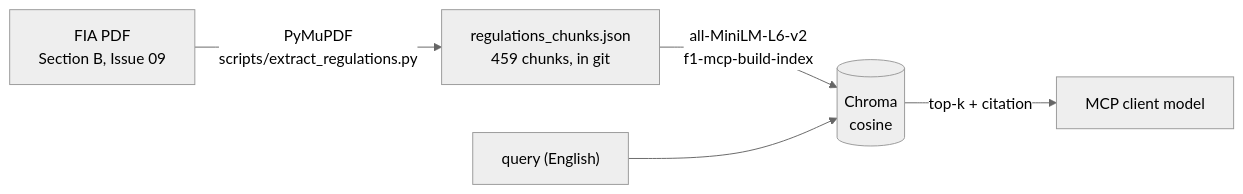
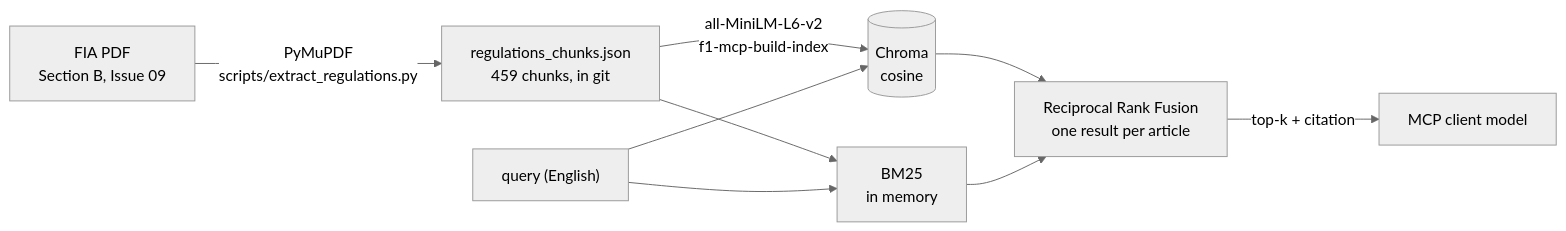
One commit to JuanEliasLaraSoto/f1-mcp changed the first of 2 diagrams in README.md. Above: the diagram before and after it, drawn with Mermaid (neutral theme). The commit also changed other lines of this file and 3 other files, not shown here.

````diff
--- a/README.md
+++ b/README.md
@@ -107,7 +107,11 @@
 ```mermaid
 graph LR
     PDF["FIA PDF<br/>Section B, Issue 09"] -->|"PyMuPDF<br/>scripts/extract_regulations.py"| JSON["regulations_chunks.json<br/>459 chunks, in git"]
     JSON -->|"all-MiniLM-L6-v2<br/>f1-mcp-build-index"| DB[("Chroma<br/>cosine")]
+    JSON --> BM25["BM25<br/>in memory"]
     Q["query (English)"] --> DB
-    DB -->|"top-k + citation"| Model["MCP client model"]
+    Q --> BM25
+    DB --> RRF["Reciprocal Rank Fusion<br/>one result per article"]
+    BM25 --> RRF
+    RRF -->|"top-k + citation"| Model["MCP client model"]
 ```
````
